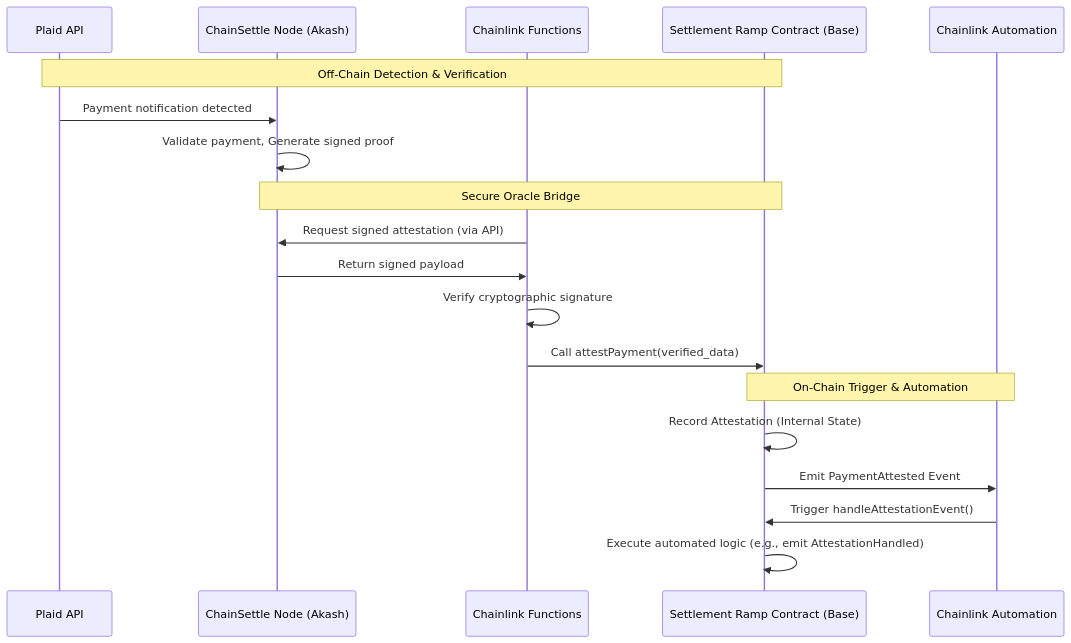
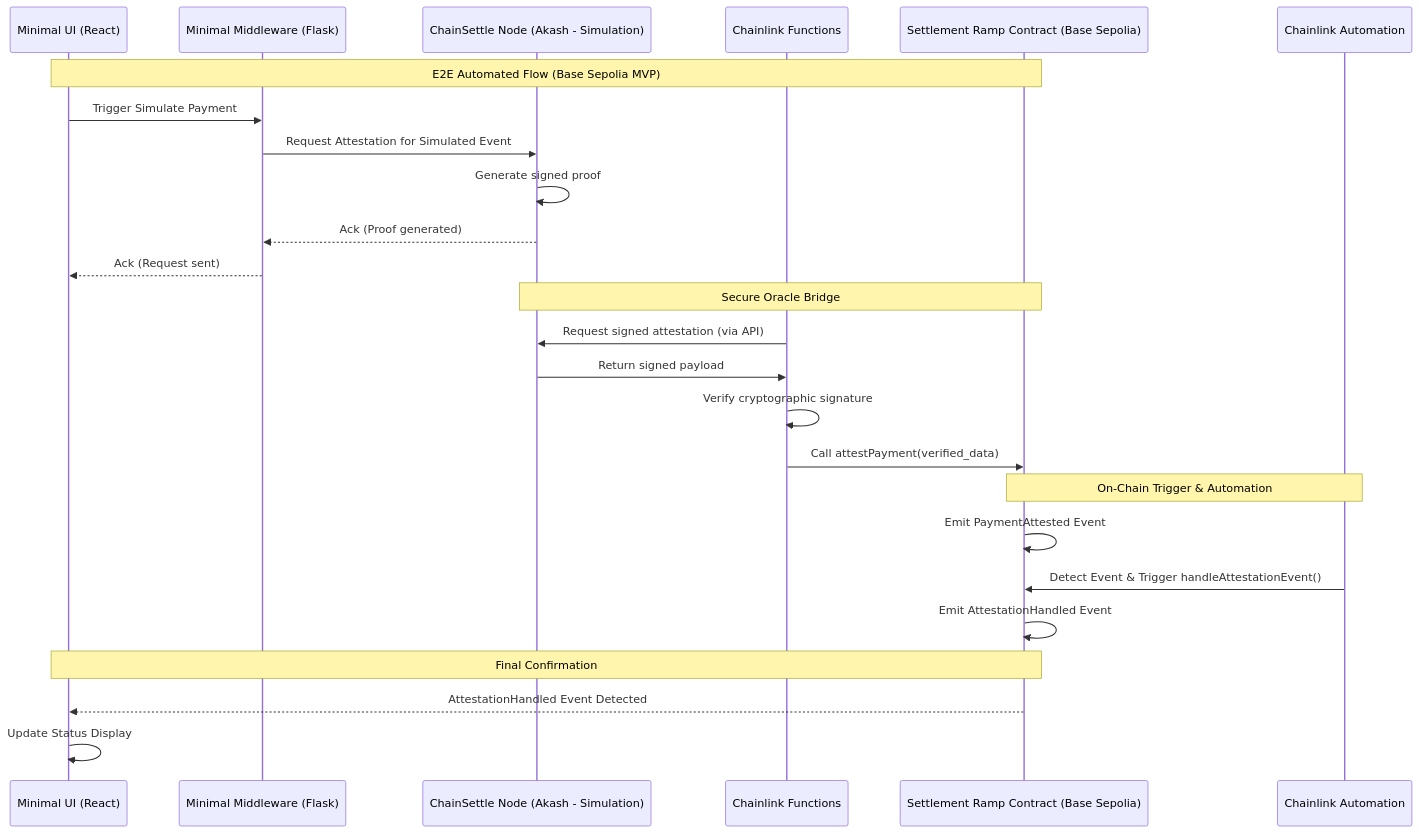
The diagram in README.md (tapilew/settlement-ramp), drawn with Mermaid before and after one commit. The commit also changed other lines of this file, not shown here.

````diff
--- a/README.md
+++ b/README.md
@@ -64,24 +68,31 @@
 ```mermaid
 sequenceDiagram
-    participant Plaid as Plaid API
-    participant ChainSettle as ChainSettle Node (Akash)
+    participant UI as Minimal UI (React)
+    participant Middleware as Minimal Middleware (Flask)
+    participant ChainSettle as ChainSettle Node (Akash - Simulation)
     participant CL_Functions as Chainlink Functions
-    participant Base_Contract as Settlement Ramp Contract (Base)
+    participant Base_Contract as Settlement Ramp Contract (Base Sepolia)
     participant CL_Automation as Chainlink Automation
 
-    Note over Plaid,Base_Contract: Off-Chain Detection & Verification
-    Plaid->>ChainSettle: Payment notification detected
-    ChainSettle->>ChainSettle: Validate payment, Generate signed proof
+    Note over UI, Base_Contract: E2E Automated Flow (Base Sepolia MVP)
+    UI->>Middleware: Trigger Simulate Payment
+    Middleware->>ChainSettle: Request Attestation for Simulated Event
+    ChainSettle->>ChainSettle: Generate signed proof
+    ChainSettle-->>Middleware: Ack (Proof generated)
+    Middleware-->>UI: Ack (Request sent)
 
-    Note over ChainSettle,Base_Contract: Secure Oracle Bridge
+    Note over ChainSettle, Base_Contract: Secure Oracle Bridge
     CL_Functions->>ChainSettle: Request signed attestation (via API)
     ChainSettle->>CL_Functions: Return signed payload
     CL_Functions->>CL_Functions: Verify cryptographic signature
     CL_Functions->>Base_Contract: Call attestPayment(verified_data)
 
-    Note over Base_Contract,CL_Automation: On-Chain Trigger & Automation
-    Base_Contract->>Base_Contract: Record Attestation (Internal State)
-    Base_Contract->>CL_Automation: Emit PaymentAttested Event
-    CL_Automation->>Base_Contract: Trigger handleAttestationEvent()
-    Base_Contract->>Base_Contract: Execute automated logic (e.g., emit AttestationHandled)
+    Note over Base_Contract, CL_Automation: On-Chain Trigger & Automation
+    Base_Contract->>Base_Contract: Emit PaymentAttested Event
+    CL_Automation->>Base_Contract: Detect Event & Trigger handleAttestationEvent()
+    Base_Contract->>Base_Contract: Emit AttestationHandled Event
+
+    Note over Base_Contract, UI: Final Confirmation
+    Base_Contract-->>UI: AttestationHandled Event Detected
+    UI->>UI: Update Status Display
 ```
````
